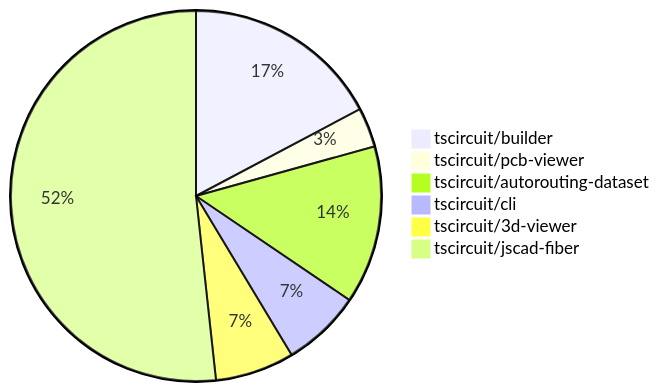
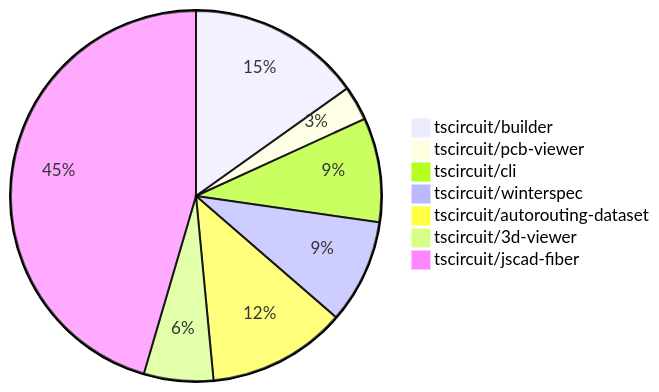
The diagram in README.md (tscircuit/contribution-tracker), drawn with Mermaid before and after one commit. The commit also changed other lines of this file and 1 other file, not shown here.

````diff
--- a/README.md
+++ b/README.md
@@ -24,9 +24,10 @@
 ```mermaid
 pie
     "tscircuit/builder" : 5
     "tscircuit/pcb-viewer" : 1
+    "tscircuit/cli" : 3
+    "tscircuit/winterspec" : 3
     "tscircuit/autorouting-dataset" : 4
-    "tscircuit/cli" : 2
     "tscircuit/3d-viewer" : 2
     "tscircuit/jscad-fiber" : 15
 ```
````
